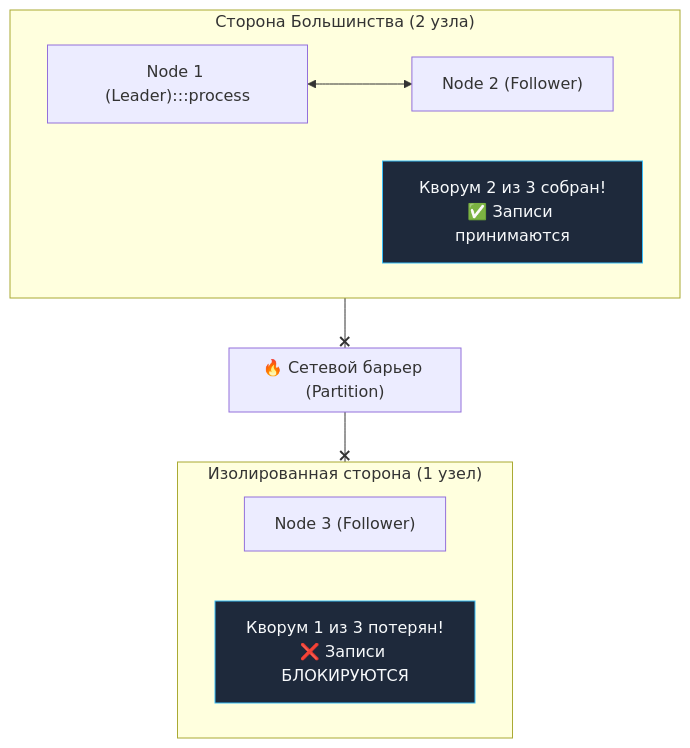
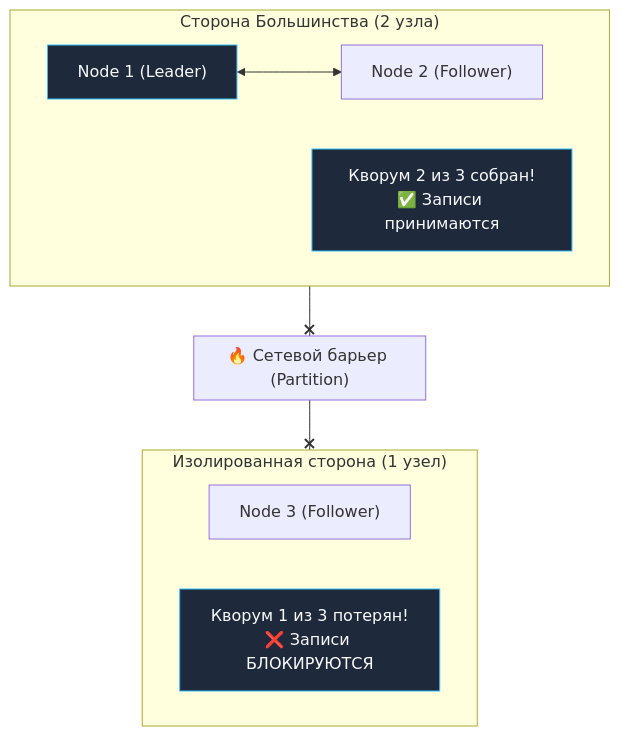
One commit to UnrealTemplier/go-textbook-ru changed the third of 4 diagrams in sources/14. Распределенные системы на Go/01. Основы/7. CAP теорема на практике.md. Above: the diagram before and after it, drawn with Mermaid. The commit also changed other lines of this file and 166 other files, not shown here.

First line of the commit message:
fix(mermaid): move :::class out of quoted node labels

````diff
--- a/sources/14. Распределенные системы на Go/01. Основы/7. CAP теорема на практике.md
+++ b/sources/14. Распределенные системы на Go/01. Основы/7. CAP теорема на практике.md
@@ -110,28 +110,28 @@
 ```mermaid
 flowchart TD
     classDef process  fill:#1e293b,stroke:#38bdf8,stroke-width:1px,color:#f8fafc
     classDef success  fill:#064e3b,stroke:#34d399,stroke-width:1px,color:#f8fafc
     classDef error    fill:#7f1d1d,stroke:#f87171,stroke-width:1px,color:#f8fafc
     classDef warning  fill:#78350f,stroke:#fbbf24,stroke-width:1px,color:#f8fafc
     classDef entry    fill:#1e3a5f,stroke:#38bdf8,stroke-width:2px,color:#f8fafc
     classDef aux      fill:#334155,stroke:#64748b,stroke-width:1px,color:#f8fafc
     classDef system   fill:#312e81,stroke:#a78bfa,stroke-width:1px,color:#f8fafc
     classDef data     fill:#132d29,stroke:#2dd4bf,stroke-width:1px,color:#f8fafc
     classDef network  fill:#881337,stroke:#fb7185,stroke-width:1px,color:#f8fafc
     classDef accent   fill:#1e1b4b,stroke:#818cf8,stroke-width:1px,color:#f8fafc
     subgraph QuorumSide ["Сторона Большинства (2 узла)"]
-        N1["Node 1 (Leader):::process"] <--> N2["Node 2 (Follower)"]
+        N1["Node 1 (Leader)"]:::process <--> N2["Node 2 (Follower)"]
         Note1["Кворум 2 из 3 собран!<br>✅ Записи принимаются"]:::process
     end
 
     subgraph PartitionWall ["🔥 Сетевой барьер (Partition)"]
     end
 
     subgraph IsolatedSide ["Изолированная сторона (1 узел)"]
         N3["Node 3 (Follower)"]
         Note2["Кворум 1 из 3 потерян!<br>❌ Записи БЛОКИРУЮТСЯ"]:::process
     end
 
     QuorumSide --x PartitionWall
     PartitionWall --x IsolatedSide
 ```
````
